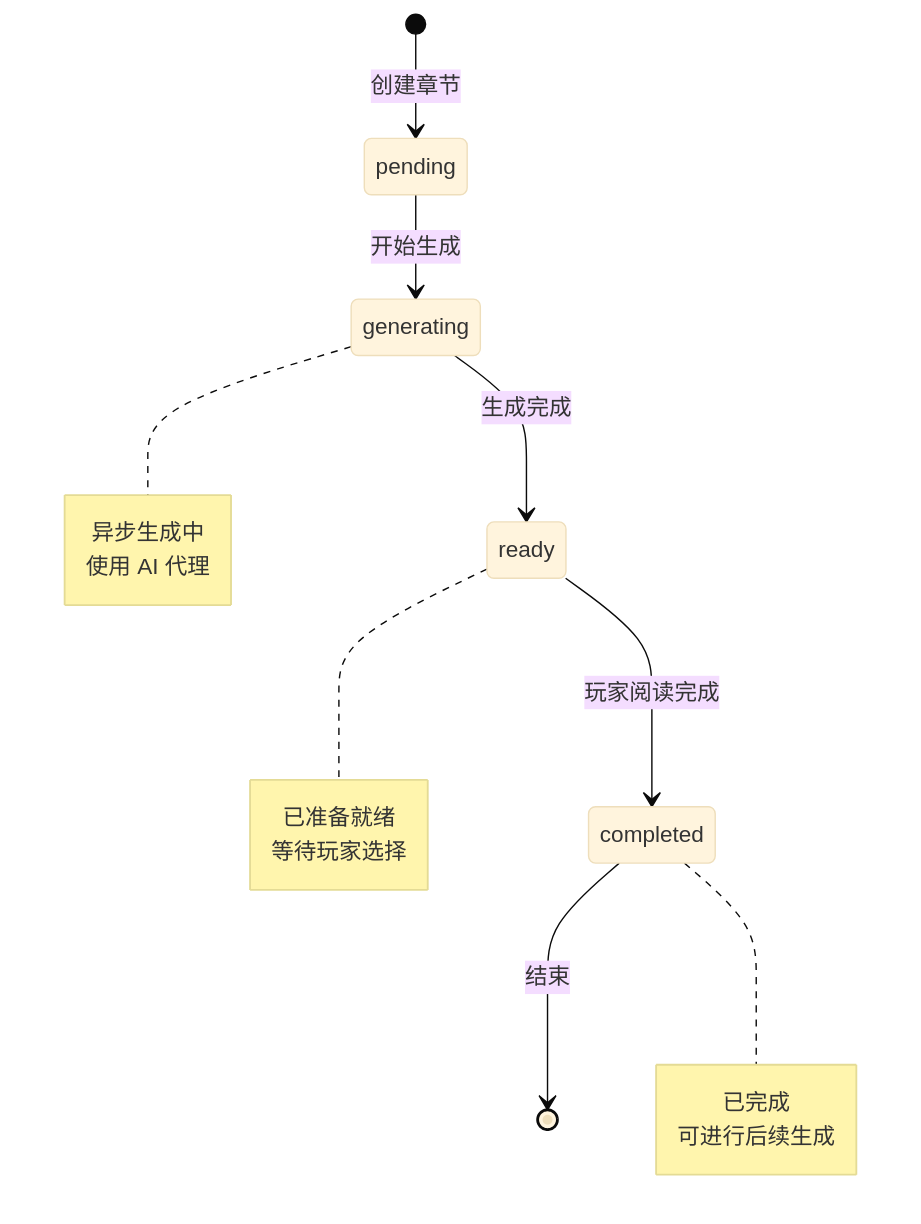
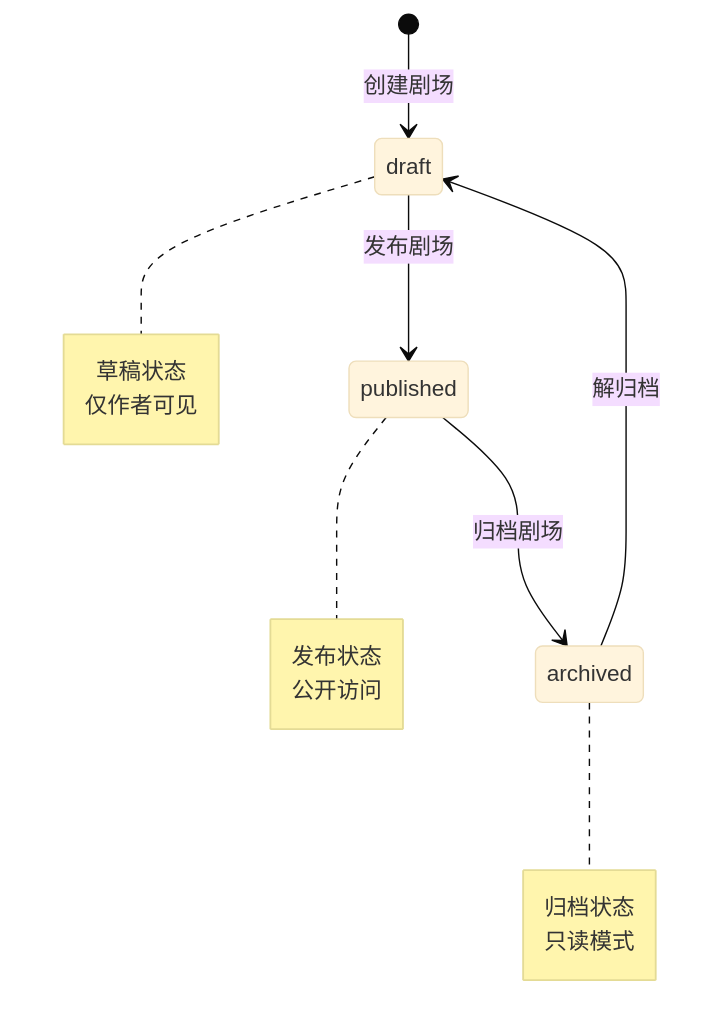
Before and after one commit to KunLabAI/KunFlix: the fifth of 13 diagrams in .qoder/repowiki/zh/content/数据库设计/故事章节模型.md, drawn with Mermaid (base theme). The commit also changed other lines of this file and 39 other files, not shown here.

````diff
--- a/.qoder/repowiki/zh/content/数据库设计/故事章节模型.md
+++ b/.qoder/repowiki/zh/content/数据库设计/故事章节模型.md
@@ -146,11 +270,10 @@
 ```mermaid
 stateDiagram-v2
-[*] --> pending : 创建章节
-pending --> generating : 开始生成
-generating --> ready : 生成完成
-ready --> completed : 玩家阅读完成
-completed --> [*] : 结束
-note right of generating : 异步生成中<br/>使用 AI 代理
-note right of ready : 已准备就绪<br/>等待玩家选择
-note right of completed : 已完成<br/>可进行后续生成
+[*] --> draft : 创建剧场
+draft --> published : 发布剧场
+published --> archived : 归档剧场
+archived --> draft : 解归档
+note right of draft : 草稿状态<br/>仅作者可见
+note right of published : 发布状态<br/>公开访问
+note right of archived : 归档状态<br/>只读模式
 ```
````
